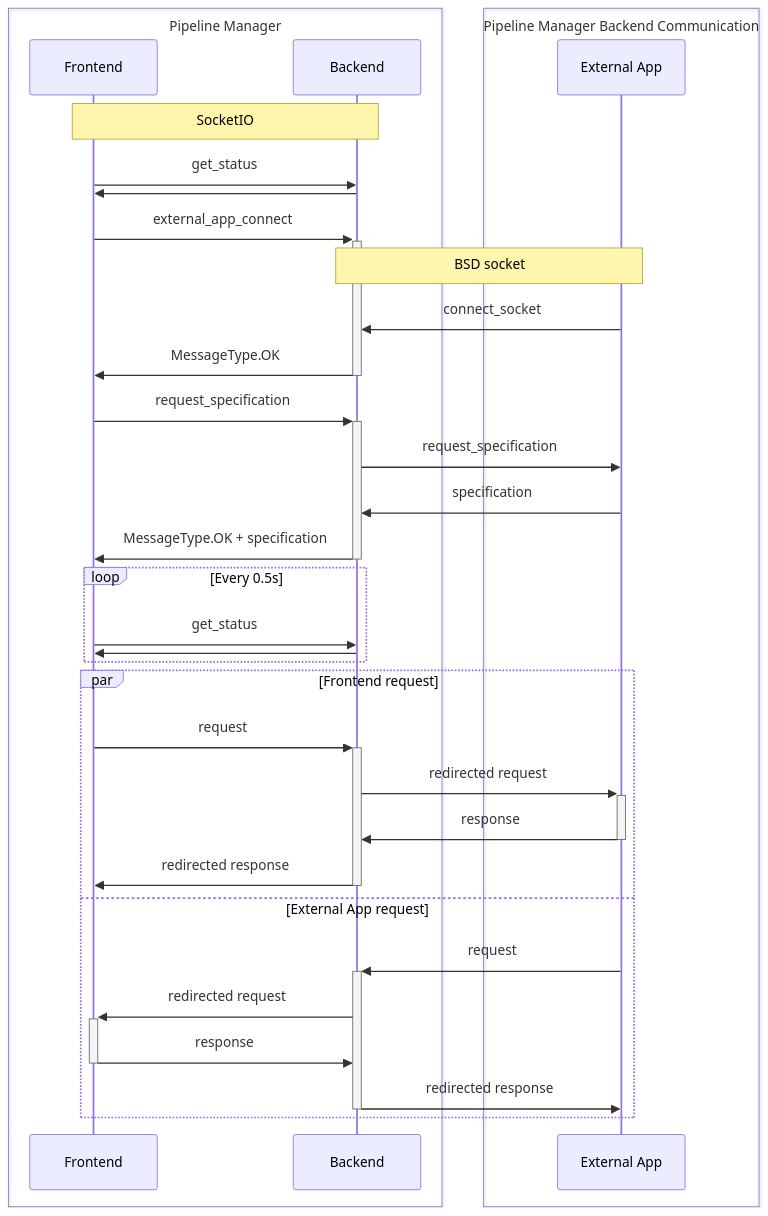
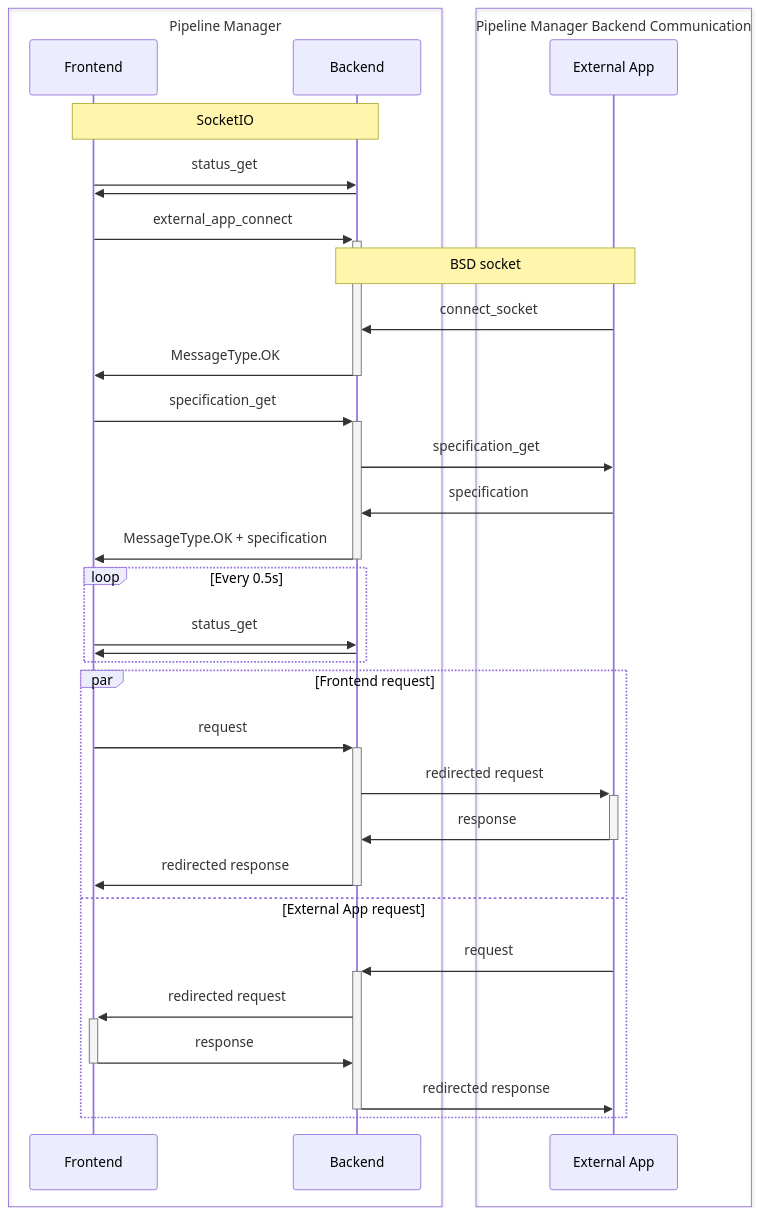
One commit to antmicro/kenning-pipeline-manager changed the first of 2 diagrams in docs/source/external-app-communication.md. Above: the diagram before and after it, drawn with Mermaid. The commit also changed other lines of this file and 13 other files, not shown here.

````diff
--- a/docs/source/external-app-communication.md
+++ b/docs/source/external-app-communication.md
@@ -23,38 +23,38 @@
 ```{mermaid}
 :caption: Communication sequence diagram 
 :alt: Communication sequence diagram
 sequenceDiagram
     box Pipeline Manager
         participant Frontend
         participant Backend
     end
     box Pipeline Manager Backend Communication
         participant External App
     end
     Note over Frontend,Backend: SocketIO
-    Frontend->>Backend: get_status
+    Frontend->>Backend: status_get
     Backend->>Frontend: 
     Frontend->>+Backend: external_app_connect
     Note over Backend,External App: BSD socket
     External App->>Backend: connect_socket
     Backend->>-Frontend: MessageType.OK
-    Frontend->>+Backend: request_specification
-    Backend->>External App: request_specification
+    Frontend->>+Backend: specification_get
+    Backend->>External App: specification_get
     External App->>Backend: specification
     Backend->>-Frontend: MessageType.OK + specification
     loop Every 0.5s
-        Frontend->>Backend: get_status
+        Frontend->>Backend: status_get
         Backend->>Frontend: 
     end
     par Frontend request
         Frontend->>+Backend: request
         Backend->>+External App: redirected request
         External App->>-Backend: response
         Backend->>-Frontend: redirected response
     and External App request
         External App->>+Backend: request
         Backend->>+Frontend: redirected request
         Frontend->>-Backend: response
         Backend->>-External App: redirected response
     end
 ```
````
